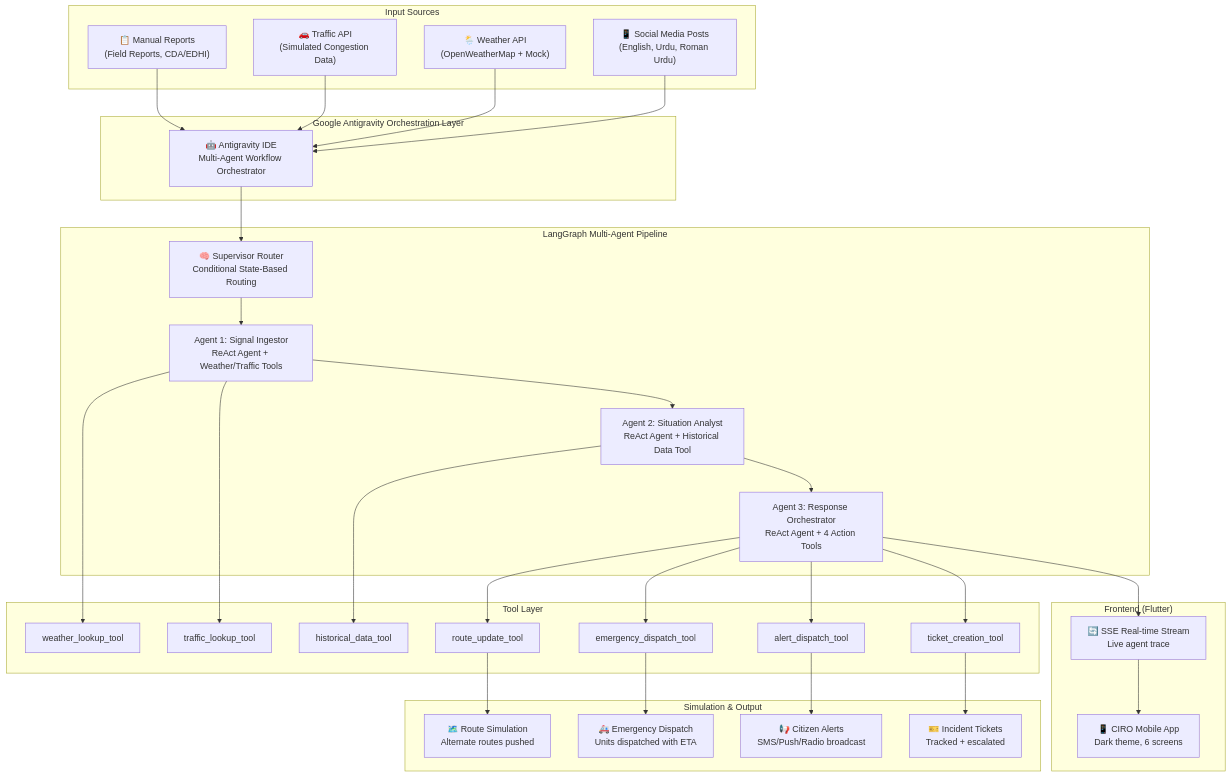
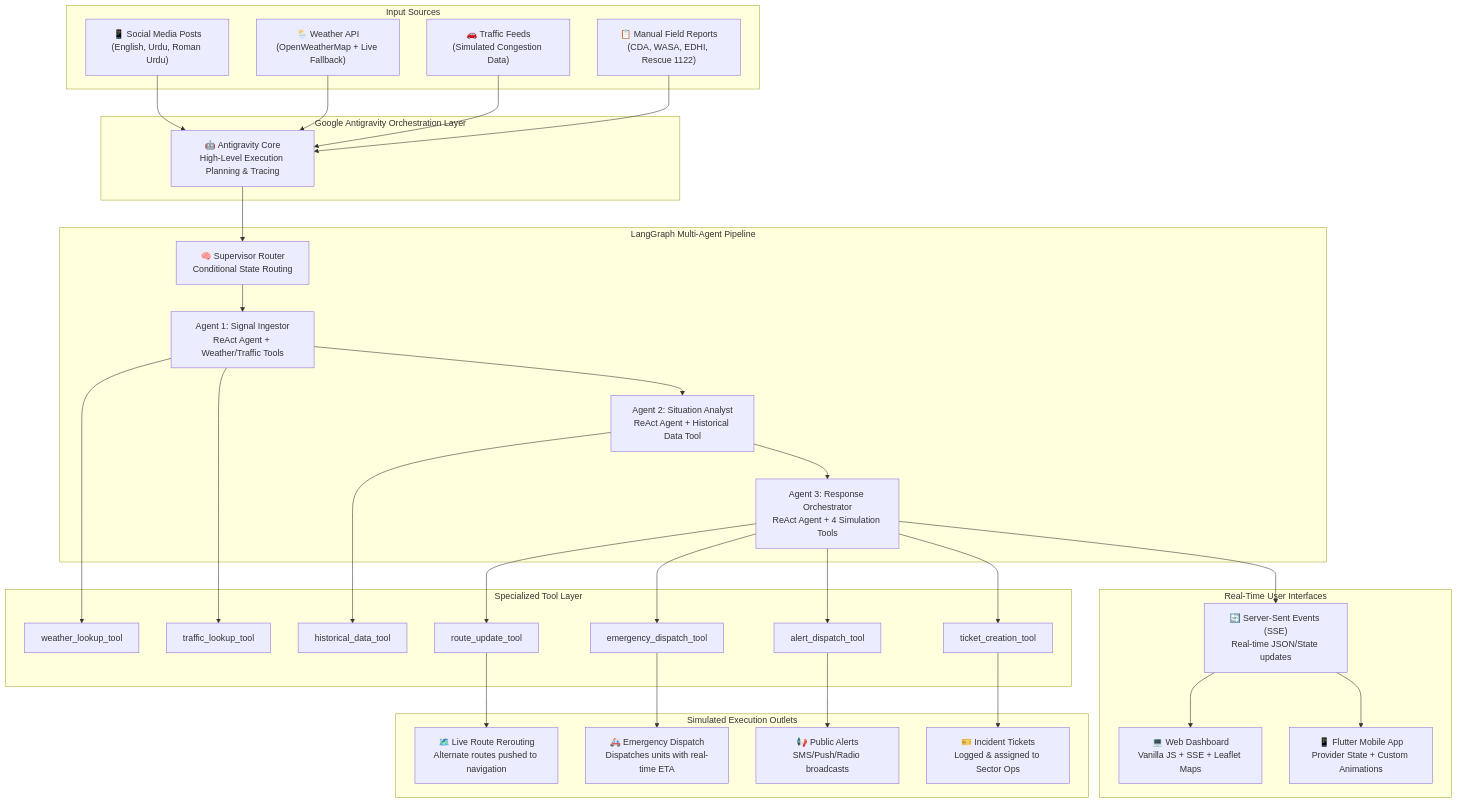
One commit to Saad140606/CIRO-AISEEKHO changed the diagram in README.md. Above: the diagram before and after it, drawn with Mermaid. The commit also changed other lines of this file and 12 other files, not shown here.

Commit message:
Fix backend LLM wrapper bind_tools and SSE parsing; validate backend health

````diff
--- a/README.md
+++ b/README.md
@@ -23,54 +27,59 @@
 ```mermaid
 graph TD
     subgraph "Input Sources"
         SM["📱 Social Media Posts<br/>(English, Urdu, Roman Urdu)"]
-        WX["🌦️ Weather API<br/>(OpenWeatherMap + Mock)"]
-        TR["🚗 Traffic API<br/>(Simulated Congestion Data)"]
-        MR["📋 Manual Reports<br/>(Field Reports, CDA/EDHI)"]
+        WX["🌦️ Weather API<br/>(OpenWeatherMap + Live Fallback)"]
+        TR["🚗 Traffic Feeds<br/>(Simulated Congestion Data)"]
+        MR["📋 Manual Field Reports<br/>(CDA, WASA, EDHI, Rescue 1122)"]
     end
 
     subgraph "Google Antigravity Orchestration Layer"
-        AG["🤖 Antigravity IDE<br/>Multi-Agent Workflow Orchestrator"]
+        AG["🤖 Antigravity Core<br/>High-Level Execution Planning & Tracing"]
     end
 
     subgraph "LangGraph Multi-Agent Pipeline"
-        SUP["🧠 Supervisor Router<br/>Conditional State-Based Routing"]
+        SUP["🧠 Supervisor Router<br/>Conditional State Routing"]
         A1["Agent 1: Signal Ingestor<br/>ReAct Agent + Weather/Traffic Tools"]
         A2["Agent 2: Situation Analyst<br/>ReAct Agent + Historical Data Tool"]
-        A3["Agent 3: Response Orchestrator<br/>ReAct Agent + 4 Action Tools"]
+        A3["Agent 3: Response Orchestrator<br/>ReAct Agent + 4 Simulation Tools"]
     end
 
-    subgraph "Tool Layer"
+    subgraph "Specialized Tool Layer"
         T1["weather_lookup_tool"]
         T2["traffic_lookup_tool"]
         T3["historical_data_tool"]
         T4["route_update_tool"]
         T5["emergency_dispatch_tool"]
         T6["alert_dispatch_tool"]
         T7["ticket_creation_tool"]
     end
 
-    subgraph "Simulation & Output"
-        SIM["🗺️ Route Simulation<br/>Alternate routes pushed"]
-        EMG["🚑 Emergency Dispatch<br/>Units dispatched with ETA"]
-        ALR["📢 Citizen Alerts<br/>SMS/Push/Radio broadcast"]
-        TKT["🎫 Incident Tickets<br/>Tracked + escalated"]
+    subgraph "Simulated Execution Outlets"
+        SIM["🗺️ Live Route Rerouting<br/>Alternate routes pushed to navigation"]
+        EMG["🚑 Emergency Dispatch<br/>Dispatches units with real-time ETA"]
+        ALR["📢 Public Alerts<br/>SMS/Push/Radio broadcasts"]
+        TKT["🎫 Incident Tickets<br/>Logged & assigned to Sector Ops"]
     end
 
-    subgraph "Frontend (Flutter)"
-        APP["📱 CIRO Mobile App<br/>Dark theme, 6 screens"]
-        SSE["🔄 SSE Real-time Stream<br/>Live agent trace"]
+    subgraph "Real-Time User Interfaces"
+        WEB["💻 Web Dashboard<br/>Vanilla JS + SSE + Leaflet Maps"]
+        MOB["📱 Flutter Mobile App<br/>Provider State + Custom Animations"]
+        SSE["🔄 Server-Sent Events (SSE)<br/>Real-time JSON/State updates"]
     end
 
     SM & WX & TR & MR --> AG
     AG --> SUP
-    SUP --> A1 --> A2 --> A3
+    SUP --> A1
     A1 --> T1 & T2
+    A1 --> A2
     A2 --> T3
+    A2 --> A3
     A3 --> T4 & T5 & T6 & T7
     T4 --> SIM
     T5 --> EMG
     T6 --> ALR
     T7 --> TKT
-    A3 --> SSE --> APP
+    A3 --> SSE
+    SSE --> WEB
+    SSE --> MOB
 ```
````
